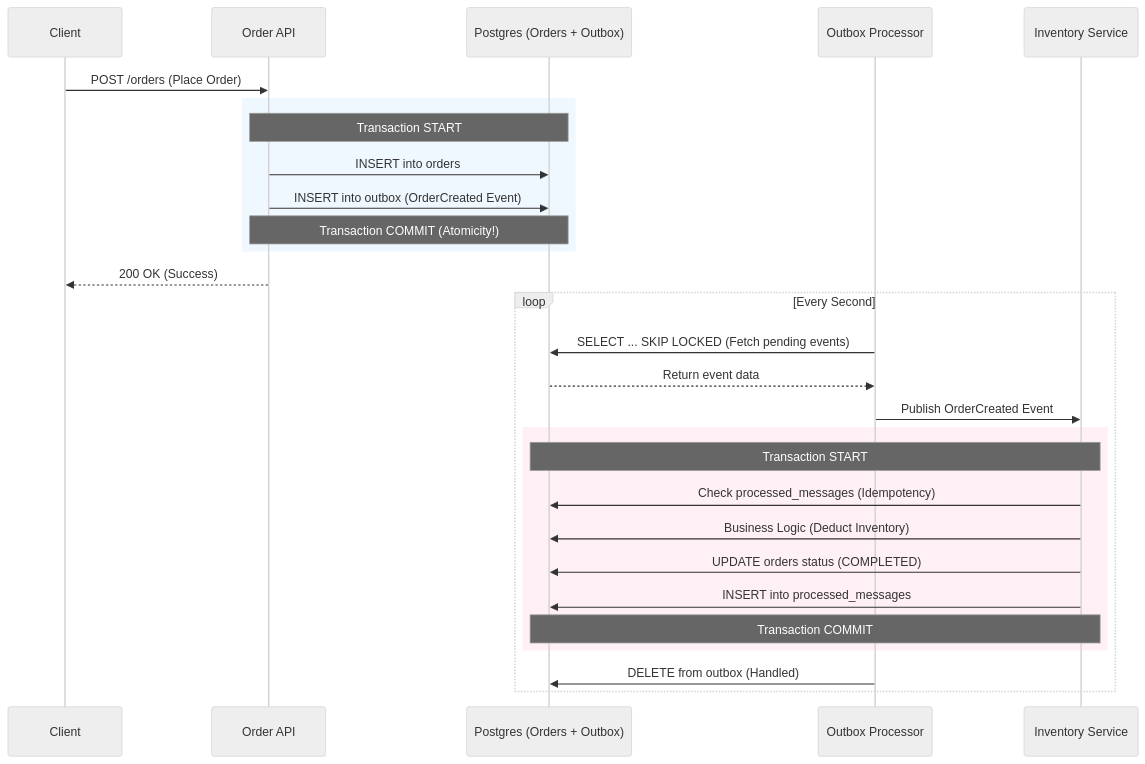
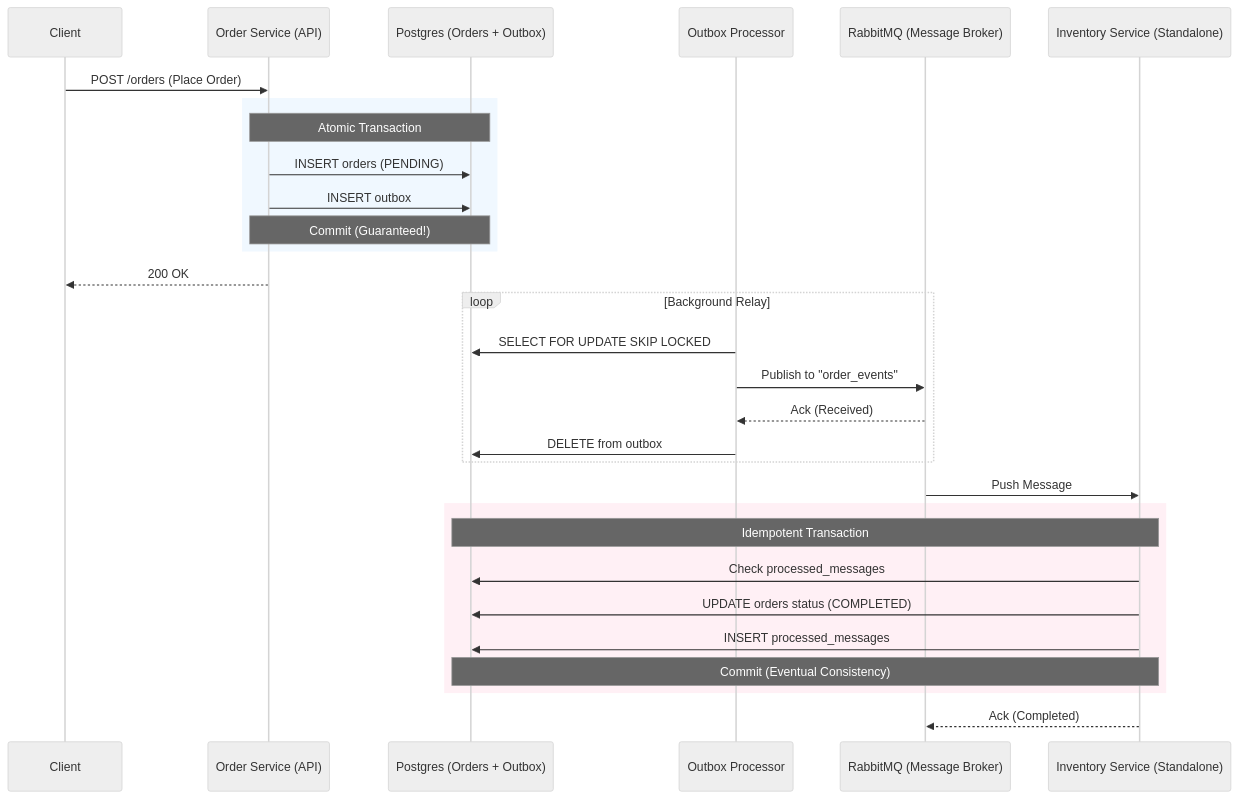
One commit to AbinterDon/transation-outbox-pattern changed the diagram in README.md. Above: the diagram before and after it, drawn with Mermaid (neutral theme). The commit also changed other lines of this file and 1 other file, not shown here.

Commit message:
Update READMEs to reflect final RabbitMQ-based distributed architecture

````diff
--- a/README.md
+++ b/README.md
@@ -9,32 +9,35 @@
 ```mermaid
 sequenceDiagram
     participant Client
-    participant API as Order API
+    participant OrderSvc as Order Service (API)
     participant DB as Postgres (Orders + Outbox)
     participant Worker as Outbox Processor
-    participant Consumer as Inventory Service
+    participant MQ as RabbitMQ (Message Broker)
+    participant Consumer as Inventory Service (Standalone)
 
-    Client->>API: POST /orders (Place Order)
+    Client->>OrderSvc: POST /orders (Place Order)
     rect rgb(240, 248, 255)
-    Note over API, DB: Transaction START
-    API->>DB: INSERT into orders
-    API->>DB: INSERT into outbox (OrderCreated Event)
-    Note over API, DB: Transaction COMMIT (Atomicity!)
+    Note over OrderSvc, DB: Atomic Transaction
+    OrderSvc->>DB: INSERT orders (PENDING)
+    OrderSvc->>DB: INSERT outbox
+    Note over OrderSvc, DB: Commit (Guaranteed!)
     end
-    API-->>Client: 200 OK (Success)
+    OrderSvc-->>Client: 200 OK
 
-    loop Every Second
-        Worker->>DB: SELECT ... SKIP LOCKED (Fetch pending events)
-        DB-->>Worker: Return event data
-        Worker->>Consumer: Publish OrderCreated Event
-        rect rgb(255, 240, 245)
-        Note over Consumer, DB: Transaction START
-        Consumer->>DB: Check processed_messages (Idempotency)
-        Consumer->>DB: Business Logic (Deduct Inventory)
-        Consumer->>DB: UPDATE orders status (COMPLETED)
-        Consumer->>DB: INSERT into processed_messages
-        Note over Consumer, DB: Transaction COMMIT
-        end
-        Worker->>DB: DELETE from outbox (Handled)
+    loop Background Relay
+        Worker->>DB: SELECT FOR UPDATE SKIP LOCKED
+        Worker->>MQ: Publish to "order_events"
+        MQ-->>Worker: Ack (Received)
+        Worker->>DB: DELETE from outbox
     end
+
+    MQ->>Consumer: Push Message
+    rect rgb(255, 240, 245)
+    Note over Consumer, DB: Idempotent Transaction
+    Consumer->>DB: Check processed_messages
+    Consumer->>DB: UPDATE orders status (COMPLETED)
+    Consumer->>DB: INSERT processed_messages
+    Note over Consumer, DB: Commit (Eventual Consistency)
+    end
+    Consumer-->>MQ: Ack (Completed)
 ```
````
